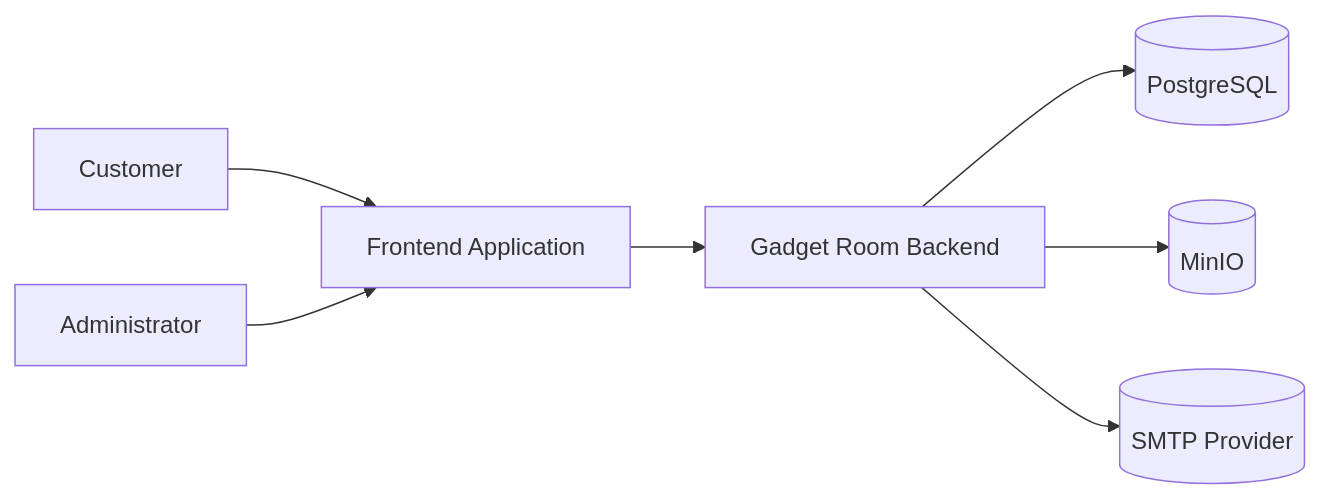
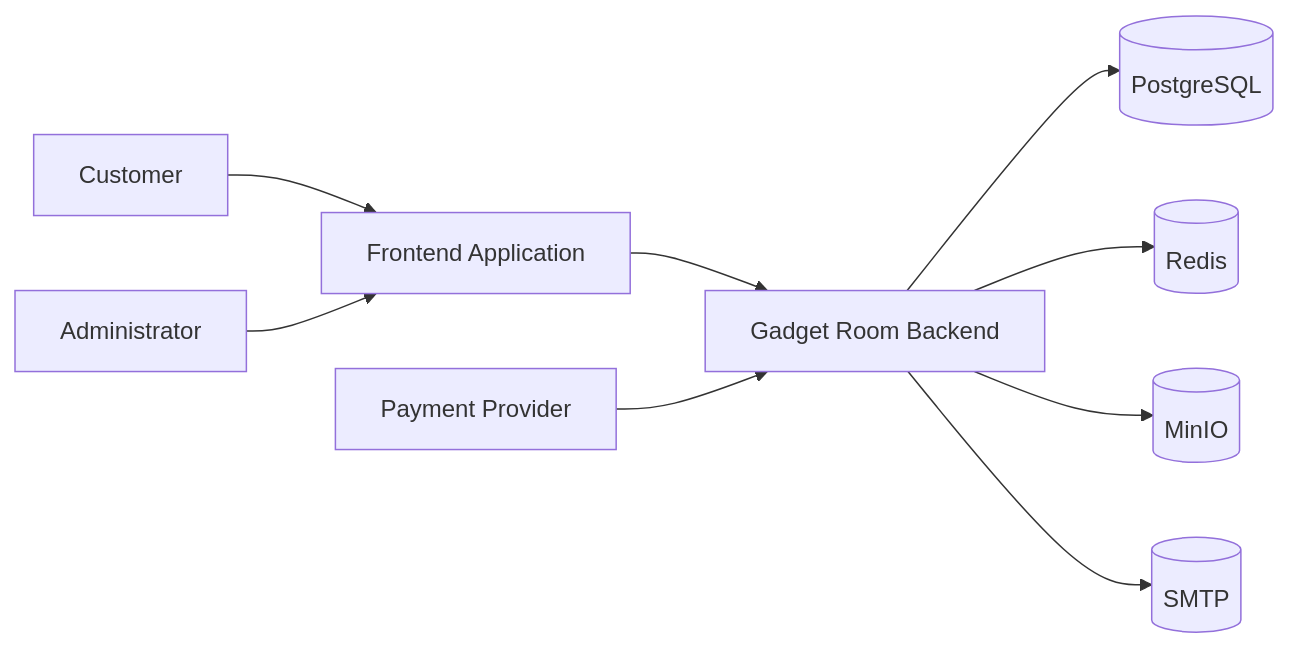
The first of 4 diagrams in docs/ARCHITECTURE.md (Team-4185/phone-shop), drawn with Mermaid before and after one commit. The commit also changed other lines of this file and 244 other files, not shown here.

````diff
--- a/docs/ARCHITECTURE.md
+++ b/docs/ARCHITECTURE.md
@@ -15,17 +8,21 @@
 ```mermaid
 flowchart LR
     Customer[Customer]
     Admin[Administrator]
     Frontend[Frontend Application]
     Backend[Gadget Room Backend]
     PostgreSQL[(PostgreSQL)]
+    Redis[(Redis)]
     MinIO[(MinIO)]
-    SMTP[(SMTP Provider)]
+    SMTP[(SMTP)]
+    Payment[Payment Provider]
 
     Customer --> Frontend
     Admin --> Frontend
     Frontend --> Backend
     Backend --> PostgreSQL
+    Backend --> Redis
     Backend --> MinIO
     Backend --> SMTP
+    Payment --> Backend
 ```
````
